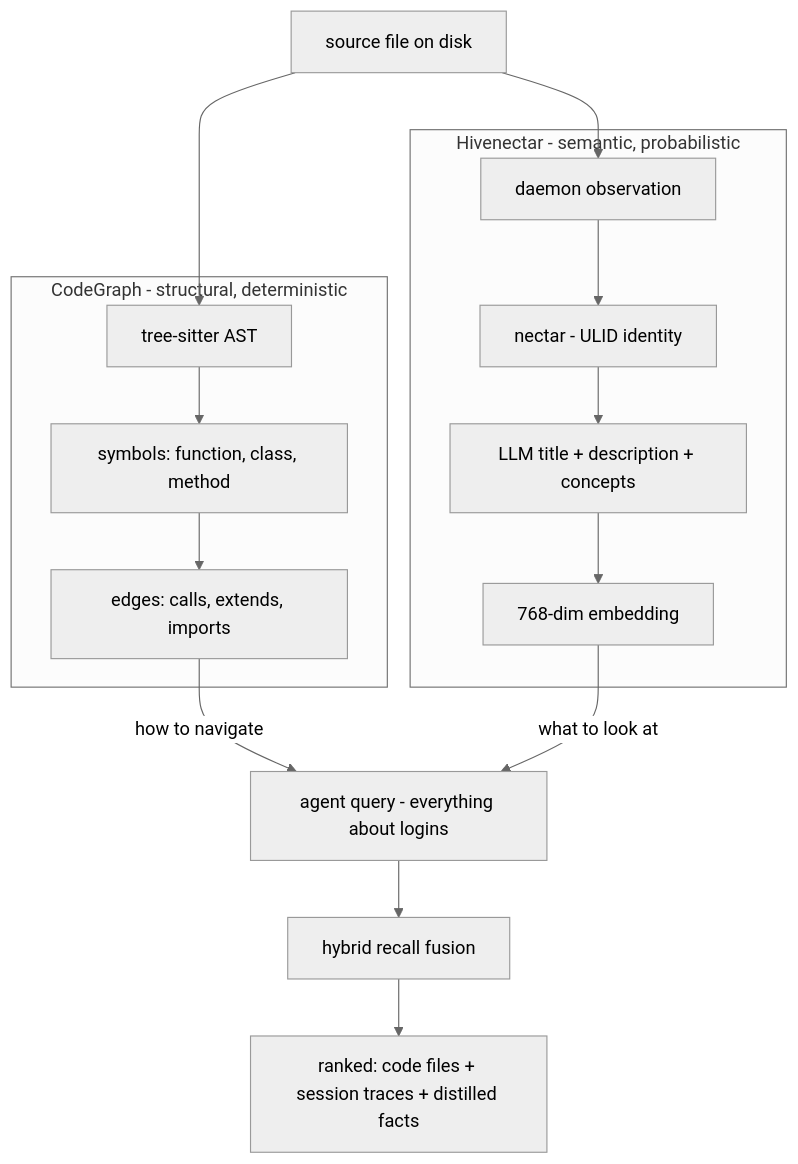
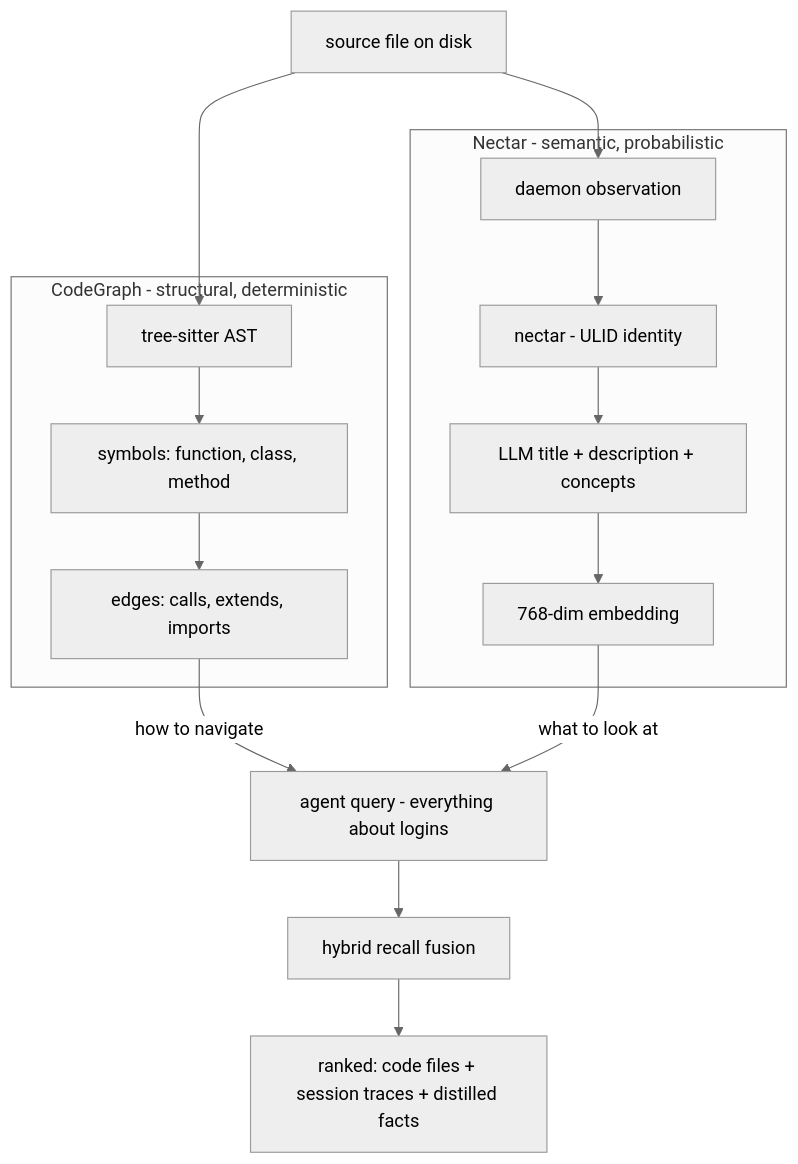
Before and after one commit to legioncodeinc/nectar: the second of 3 diagrams in library/knowledge/private/overview/overview-technical-specification.md, drawn with Mermaid (neutral theme). The commit also changed other lines of this file and 337 other files, not shown here.

````diff
--- a/library/knowledge/private/overview/overview-technical-specification.md
+++ b/library/knowledge/private/overview/overview-technical-specification.md
@@ -142,18 +142,18 @@
 ```mermaid
 flowchart TD
     subgraph structural[CodeGraph - structural, deterministic]
         s1[tree-sitter AST] --> s2["symbols: function, class, method"]
         s2 --> s3["edges: calls, extends, imports"]
     end
-    subgraph semantic[Hivenectar - semantic, probabilistic]
+    subgraph semantic[Nectar - semantic, probabilistic]
         d1["daemon observation"] --> d2["nectar - ULID identity"]
         d2 --> d3["LLM title + description + concepts"]
         d3 --> d4["768-dim embedding"]
     end
     file["source file on disk"] --> s1
     file --> d1
     s3 -->|how to navigate| q["agent query - everything about logins"]
     d4 -->|what to look at| q
     q --> fusion["hybrid recall fusion"]
     fusion --> result["ranked: code files + session traces + distilled facts"]
 ```
````
